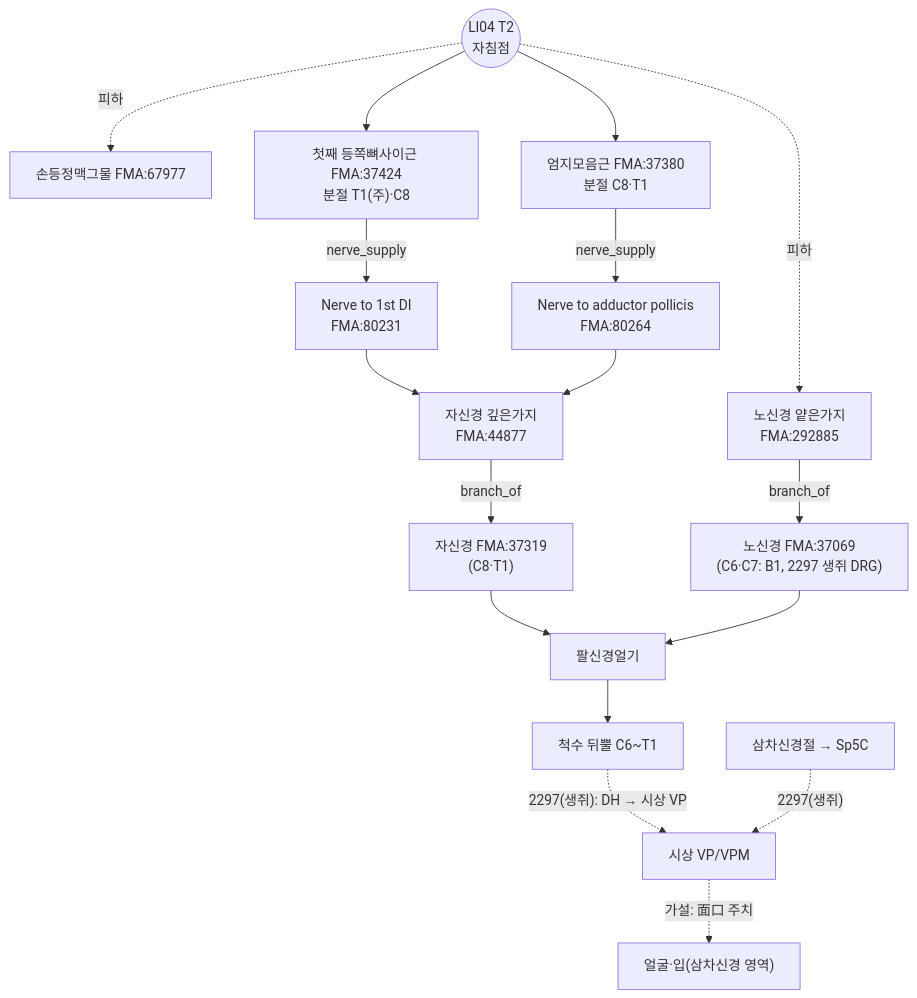
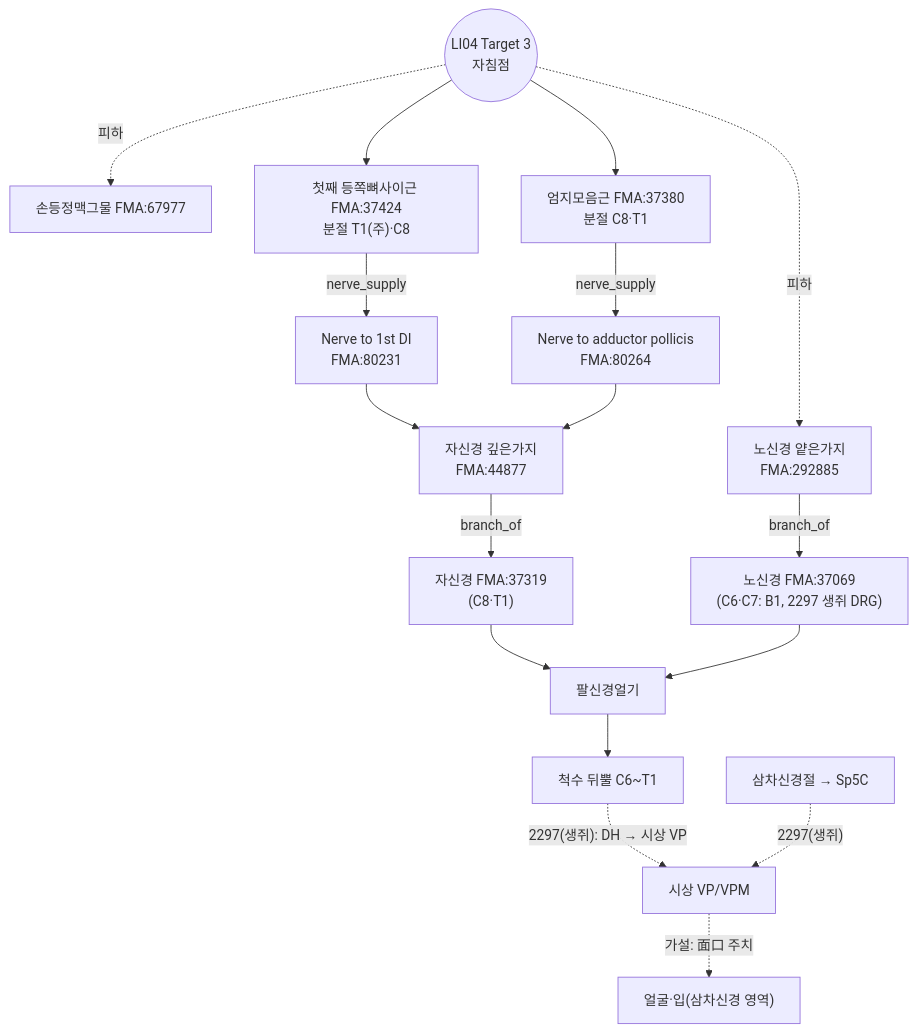
One commit to jaehyokim-sketch/acupoint_anatomy changed the diagram in 01_경혈별_해부생리_분석보고서/LI_수양명대장경/LI04_합곡/LI04_합곡_해부생리_실체판명_보고서.md. Above: the diagram before and after it, drawn with Mermaid. The commit also changed other lines of this file and 60 other files, not shown here.

````diff
--- a/01_경혈별_해부생리_분석보고서/LI_수양명대장경/LI04_합곡/LI04_합곡_해부생리_실체판명_보고서.md
+++ b/01_경혈별_해부생리_분석보고서/LI_수양명대장경/LI04_합곡/LI04_합곡_해부생리_실체판명_보고서.md
@@ -190,17 +213,17 @@
 ```mermaid
 flowchart TB
-  P(("LI04 T2<br/>자침점")) -.피하.-> SRN["노신경 얕은가지<br/>FMA:292885"]
+  P(("LI04 Target 3<br/>자침점")) -.피하.-> SRN["노신경 얕은가지<br/>FMA:292885"]
   P -.피하.-> DVN["손등정맥그물 FMA:67977"]
   P --> FDI["첫째 등쪽뼈사이근 FMA:37424<br/>분절 T1(주)·C8"]
   P --> ADP["엄지모음근 FMA:37380<br/>분절 C8·T1"]
   FDI -- nerve_supply --> N1["Nerve to 1st DI<br/>FMA:80231"] --> DUN["자신경 깊은가지<br/>FMA:44877"]
   ADP -- nerve_supply --> N2["Nerve to adductor pollicis<br/>FMA:80264"] --> DUN
   DUN -- branch_of --> UN["자신경 FMA:37319<br/>(C8·T1)"]
   SRN -- branch_of --> RN["노신경 FMA:37069<br/>(C6·C7: B1, 2297 생쥐 DRG)"]
   UN --> BP["팔신경얼기"]
   RN --> BP
   BP --> DH["척수 뒤뿔 C6~T1"]
   DH -. "2297(생쥐): DH → 시상 VP" .-> VP["시상 VP/VPM"]
   TG["삼차신경절 → Sp5C"] -. "2297(생쥐)" .-> VP
   VP -. "가설: 面口 주치" .-> FACE["얼굴·입(삼차신경 영역)"]
 ```
````
